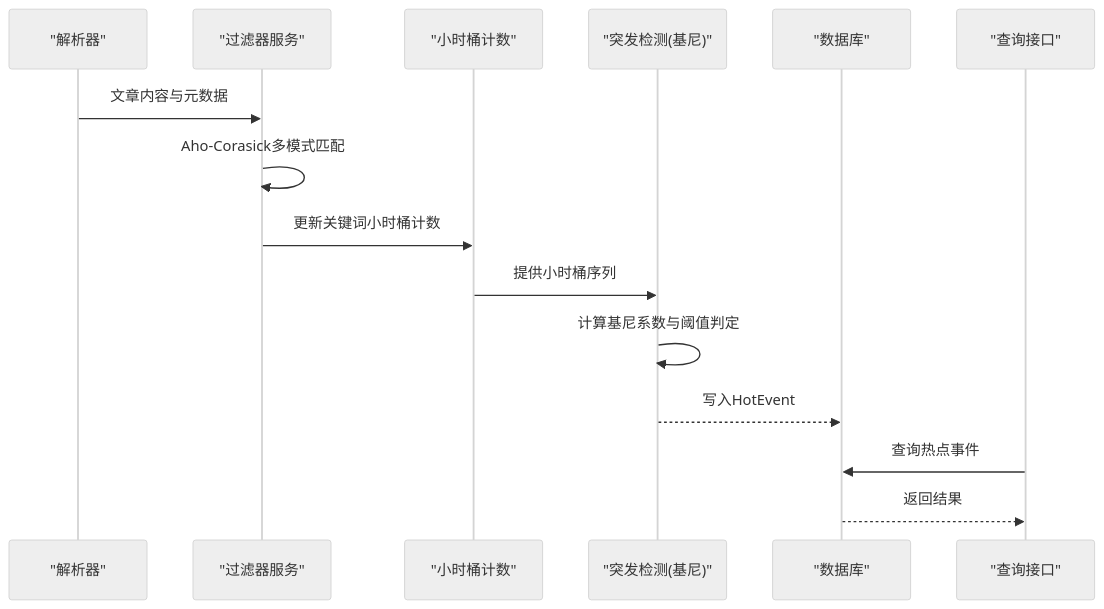
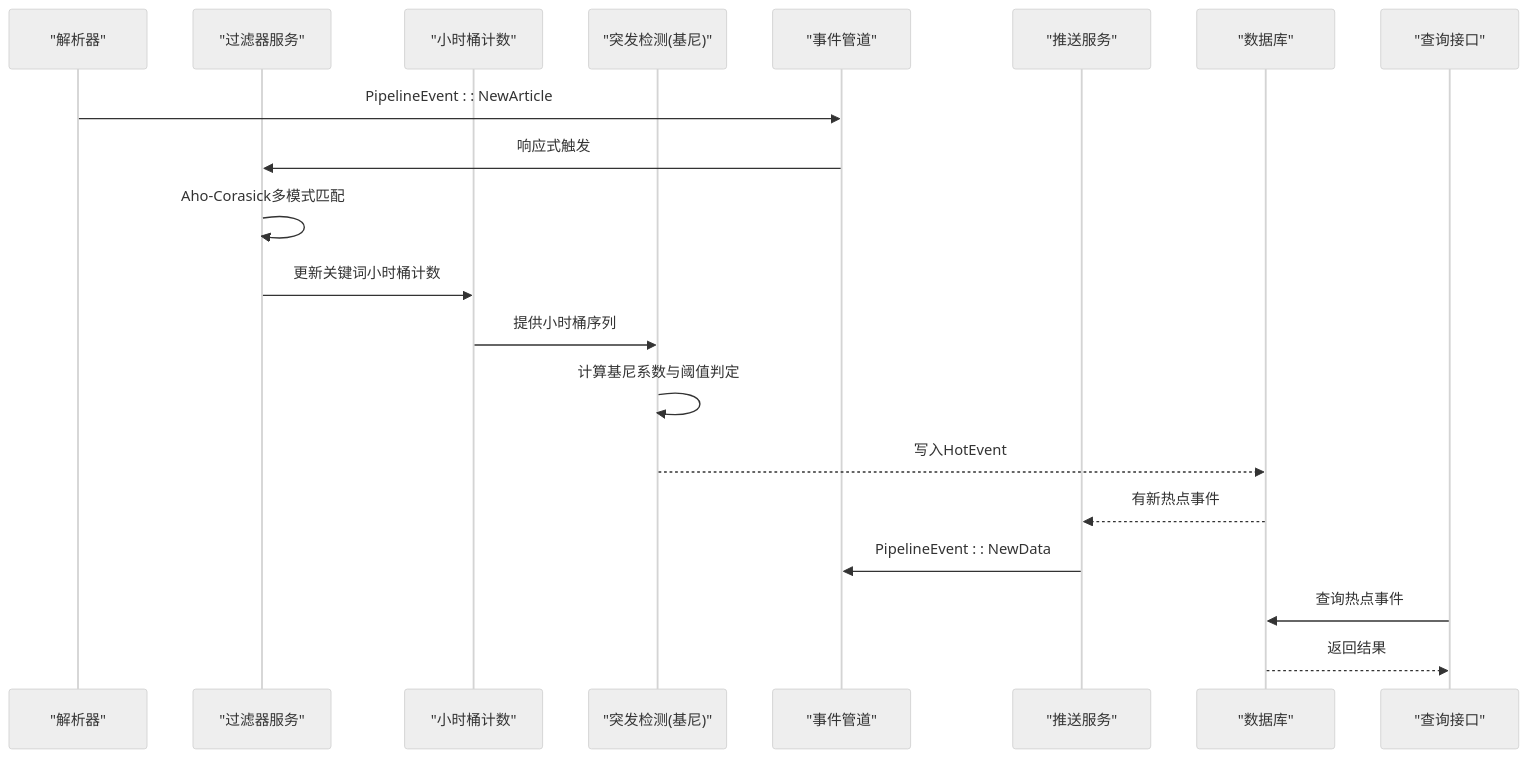
Before and after one commit to leimu-hue/AI-Trend-Tool: the second of 10 diagrams in .qoder/repowiki/zh/content/核心模块详解/热点检测模块（Filter）/热点检测模块（Filter）.md, drawn with Mermaid (neutral theme). The commit also changed other lines of this file and 74 other files, not shown here.

````diff
--- a/.qoder/repowiki/zh/content/核心模块详解/热点检测模块（Filter）/热点检测模块（Filter）.md
+++ b/.qoder/repowiki/zh/content/核心模块详解/热点检测模块（Filter）/热点检测模块（Filter）.md
@@ -141,17 +165,22 @@
 ```mermaid
 sequenceDiagram
 participant Parser as "解析器"
 participant Filter as "过滤器服务"
 participant Bucket as "小时桶计数"
 participant Detector as "突发检测(基尼)"
+participant Pipeline as "事件管道"
+participant Pusher as "推送服务"
 participant DB as "数据库"
 participant API as "查询接口"
-Parser->>Filter : 文章内容与元数据
+Parser->>Pipeline : PipelineEvent : : NewArticle
+Pipeline->>Filter : 响应式触发
 Filter->>Filter : Aho-Corasick多模式匹配
 Filter->>Bucket : 更新关键词小时桶计数
 Bucket->>Detector : 提供小时桶序列
 Detector->>Detector : 计算基尼系数与阈值判定
 Detector-->>DB : 写入HotEvent
+DB-->>Pusher : 有新热点事件
+Pusher->>Pipeline : PipelineEvent : : NewData
 API->>DB : 查询热点事件
 DB-->>API : 返回结果
 ```
````
